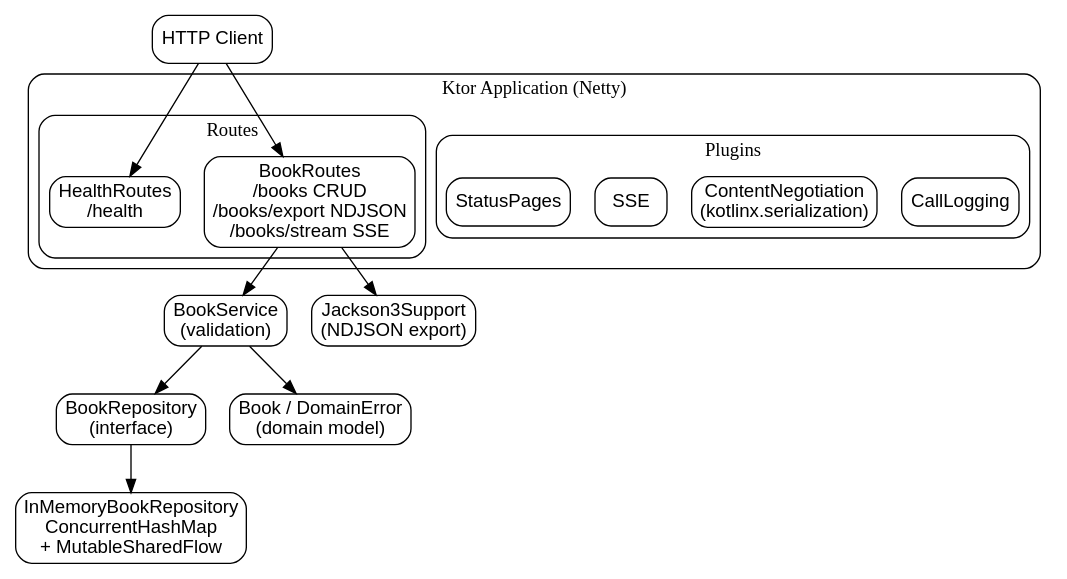
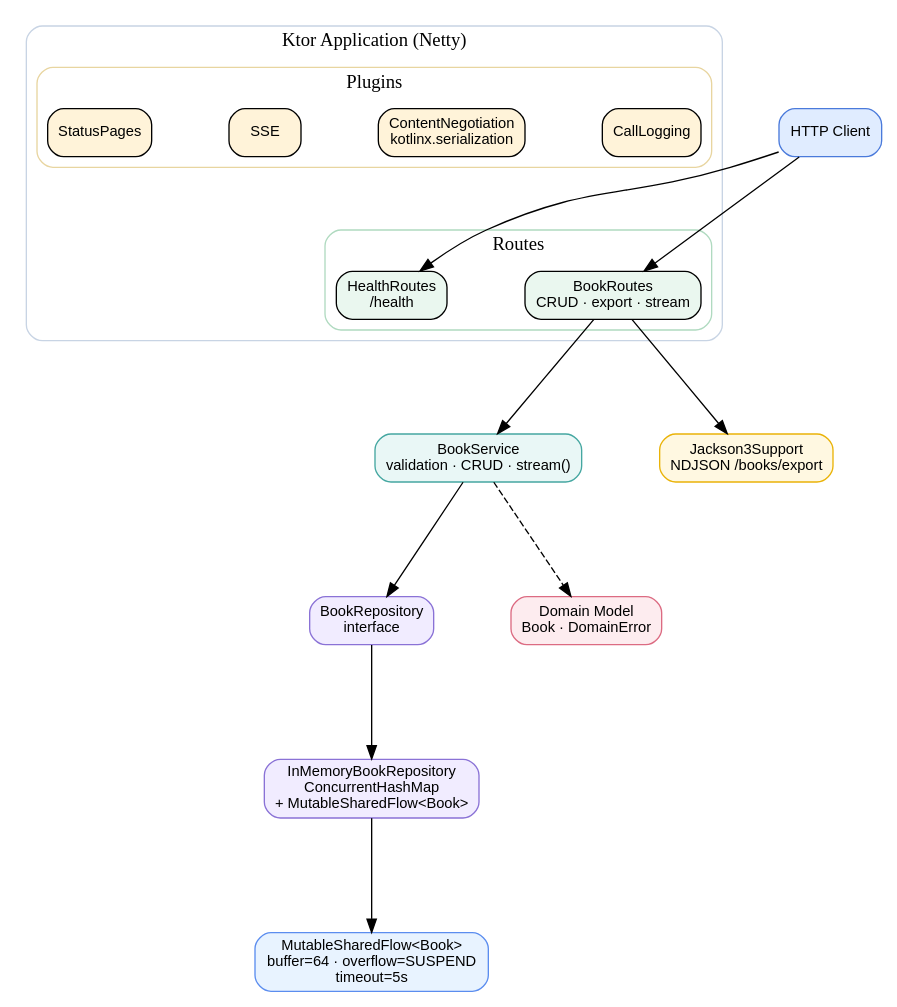
The diagram in docs/images/readme-diagrams/ktor-rest-coroutines-architecture-01.dot (bluetape4k/bluetape4k-workshop), drawn with Graphviz before and after one commit. The commit also changed 2 other files, not shown here.

Commit message:
docs: rebuild ktor-rest-coroutines diagram with Graphviz-verified layout
- Graphviz .dot/.plain coordinates used for rank/order verification
- Domain Model separated from InMemoryBookRepository row (no overlap)
- DomainError uses relationship shown as dashed arrow
- All orthogonal connectors, userSpaceOnUse markers

```diff
--- a/docs/images/readme-diagrams/ktor-rest-coroutines-architecture-01.dot
+++ b/docs/images/readme-diagrams/ktor-rest-coroutines-architecture-01.dot
@@ -1,48 +1,56 @@
 digraph KtorRestCoroutines {
   rankdir=TB;
-  node [shape=box, style=rounded, fontname="Arial"];
-  edge [fontname="Arial", fontsize=10];
+  node [shape=box, style="rounded,filled", fontname="Arial", fontsize=11];
+  edge [fontname="Arial", fontsize=9];
+  newrank=true;
+  nodesep=0.8;
+  ranksep=1.2;
 
-  // External
-  client [label="HTTP Client"];
-
-  // Ktor Application layer
-  subgraph cluster_ktor {
-    label="Ktor Application (Netty)";
-    style=rounded;
+  // Ktor Application
+  subgraph cluster_app {
+    label="Ktor Application (Netty)"; style=rounded; color="#C8D4E4"; fillcolor="#F0F4FA";
 
     subgraph cluster_plugins {
-      label="Plugins";
-      calllog [label="CallLogging"];
-      content_neg [label="ContentNegotiation\n(kotlinx.serialization)"];
-      sse_plugin [label="SSE"];
-      status_pages [label="StatusPages"];
+      label="Plugins"; style=rounded; color="#E8D5A0"; fillcolor="#FFF8E1";
+      CallLogging [label="CallLogging", fillcolor="#FFF3D9"];
+      ContentNegotiation [label="ContentNegotiation\nkotlinx.serialization", fillcolor="#FFF3D9"];
+      SSE [label="SSE", fillcolor="#FFF3D9"];
+      StatusPages [label="StatusPages", fillcolor="#FFF3D9"];
     }
 
     subgraph cluster_routes {
-      label="Routes";
-      book_routes [label="BookRoutes\n/books CRUD\n/books/export NDJSON\n/books/stream SSE"];
-      health_routes [label="HealthRoutes\n/health"];
+      label="Routes"; style=rounded; color="#B0DAC0"; fillcolor="#EAF7EF";
+      BookRoutes [label="BookRoutes\nCRUD · export · stream", fillcolor="#EAF7EF"];
+      HealthRoutes [label="HealthRoutes\n/health", fillcolor="#EAF7EF"];
     }
   }
 
-  // Service layer
-  service [label="BookService\n(validation)"];
+  // External
+  HTTPClient [label="HTTP Client", fillcolor="#E0ECFF", color="#4A7ADB"];
 
-  // Repository layer
-  repo_if [label="BookRepository\n(interface)"];
-  repo_impl [label="InMemoryBookRepository\nConcurrentHashMap\n+ MutableSharedFlow"];
+  // Service
+  BookService [label="BookService\nvalidation · CRUD · stream()", fillcolor="#E9F7F6", color="#45A7A1"];
 
   // Support
-  jackson3 [label="Jackson3Support\n(NDJSON export)"];
-  domain [label="Book / DomainError\n(domain model)"];
+  Jackson3Support [label="Jackson3Support\nNDJSON /books/export", fillcolor="#FFF8E1", color="#EAB308"];
+
+  // Repository
+  BookRepository [label="BookRepository\ninterface", fillcolor="#F1ECFF", color="#8A72D6"];
+  InMemoryBookRepository [label="InMemoryBookRepository\nConcurrentHashMap\n+ MutableSharedFlow<Book>", fillcolor="#F1ECFF", color="#8A72D6"];
+
+  // Domain
+  DomainModel [label="Domain Model\nBook · DomainError", fillcolor="#FDECEF", color="#DC6B82"];
+
+  // SharedFlow detail
+  SharedFlow [label="MutableSharedFlow<Book>\nbuffer=64 · overflow=SUSPEND\ntimeout=5s", fillcolor="#E8F3FF", color="#5B8DEF"];
 
   // Edges
-  client -> book_routes;
-  client -> health_routes;
-  book_routes -> service;
-  book_routes -> jackson3;
-  service -> repo_if;
-  repo_if -> repo_impl;
-  service -> domain;
+  HTTPClient -> BookRoutes;
+  HTTPClient -> HealthRoutes;
+  BookRoutes -> BookService;
+  BookRoutes -> Jackson3Support;
+  BookService -> BookRepository;
+  BookRepository -> InMemoryBookRepository;
+  InMemoryBookRepository -> SharedFlow;
+  BookService -> DomainModel [style=dashed];
 }
```
